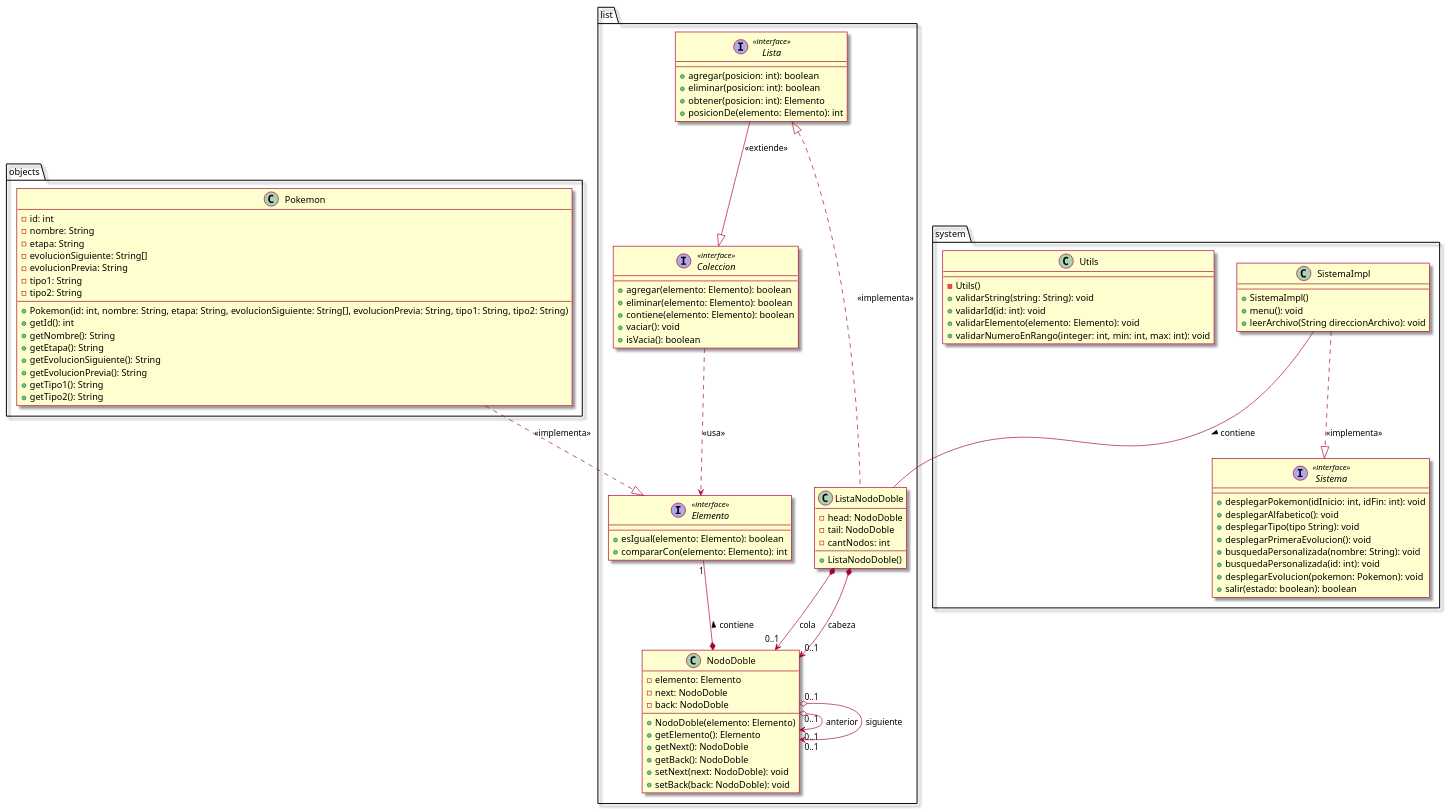
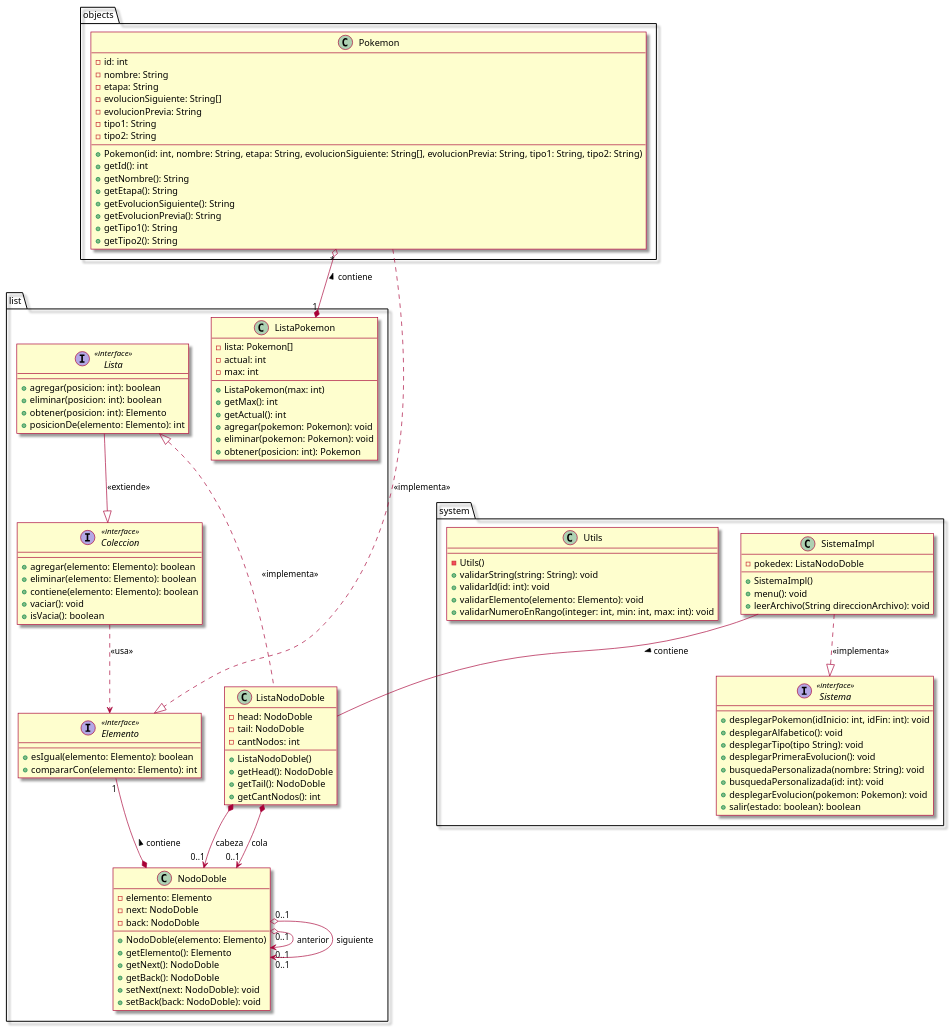
Before and after one commit to ProMDFK123/Taller4: the diagram in src/clases.puml, drawn with PlantUML. The commit also changed 3 other files, not shown here.

```diff
--- a/src/clases.puml
+++ b/src/clases.puml
@@ -1,106 +1,125 @@
 @startuml
 skin rose
 
 package objects{
     Class Pokemon{
         -id: int
         -nombre: String
         -etapa: String
         -evolucionSiguiente: String[]
         -evolucionPrevia: String
         -tipo1: String
         -tipo2: String
 
         +Pokemon(id: int, nombre: String, etapa: String, evolucionSiguiente: String[], evolucionPrevia: String, tipo1: String, tipo2: String)
         +getId(): int
         +getNombre(): String
         +getEtapa(): String
         +getEvolucionSiguiente(): String
         +getEvolucionPrevia(): String
         +getTipo1(): String
         +getTipo2(): String
     }
 }
 
 package system{
     interface Sistema <<interface>>{
         +desplegarPokemon(idInicio: int, idFin: int): void
         +desplegarAlfabetico(): void
         +desplegarTipo(tipo String): void
         +desplegarPrimeraEvolucion(): void
         +busquedaPersonalizada(nombre: String): void
         +busquedaPersonalizada(id: int): void
         +desplegarEvolucion(pokemon: Pokemon): void
         +salir(estado: boolean): boolean
     }
 
     Class SistemaImpl{
+        -pokedex: ListaNodoDoble
+
         +SistemaImpl()
         +menu(): void
         +leerArchivo(String direccionArchivo): void
     }
     SistemaImpl ..^ Sistema: <<implementa>>
 
     Class Utils{
         -Utils()
         +validarString(string: String): void
         +validarId(id: int): void
         +validarElemento(elemento: Elemento): void
         +validarNumeroEnRango(integer: int, min: int, max: int): void
     }
 }
 
 package list{
     Class NodoDoble{
         -elemento: Elemento
         -next: NodoDoble
         -back: NodoDoble
 
         +NodoDoble(elemento: Elemento)
         +getElemento(): Elemento
         +getNext(): NodoDoble
         +getBack(): NodoDoble
         +setNext(next: NodoDoble): void
         +setBack(back: NodoDoble): void
     }
     NodoDoble"0..1" o--> "0..1"NodoDoble: anterior
     NodoDoble"0..1" o--> "0..1"NodoDoble: siguiente
 
+    Class ListaPokemon{
+        -lista: Pokemon[]
+        -actual: int
+        -max: int
+
+        +ListaPokemon(max: int)
+        +getMax(): int
+        +getActual(): int
+        +agregar(pokemon: Pokemon): void
+        +eliminar(pokemon: Pokemon): void
+        +obtener(posicion: int): Pokemon
+    }
+
     Class ListaNodoDoble{
         -head: NodoDoble
         -tail: NodoDoble
         -cantNodos: int
 
         +ListaNodoDoble()
+        +getHead(): NodoDoble
+        +getTail(): NodoDoble
+        +getCantNodos(): int
     }
     ListaNodoDoble *--> "0..1"NodoDoble: cabeza
     ListaNodoDoble *--> "0..1"NodoDoble: cola
 
     interface Elemento <<interface>>{
         +esIgual(elemento: Elemento): boolean
         +compararCon(elemento: Elemento): int
     }
     Elemento"1" --* NodoDoble: contiene <
 
     interface Coleccion <<interface>>{
         +agregar(elemento: Elemento): boolean
         +eliminar(elemento: Elemento): boolean
         +contiene(elemento: Elemento): boolean
         +vaciar(): void
         +isVacia(): boolean
     }
 
     interface Lista <<interface>>{
         +agregar(posicion: int): boolean
         +eliminar(posicion: int): boolean
         +obtener(posicion: int): Elemento
         +posicionDe(elemento: Elemento): int
     }
     Lista ^.. ListaNodoDoble: <<implementa>>
     Lista --^ Coleccion: <<extiende>>
     Coleccion ..> Elemento: <<usa>>
 }
 
 Pokemon ..^ Elemento: <<implementa>>
 SistemaImpl -- ListaNodoDoble: contiene >
+Pokemon"*" o--* "1"ListaPokemon: contiene <
 @enduml
```
